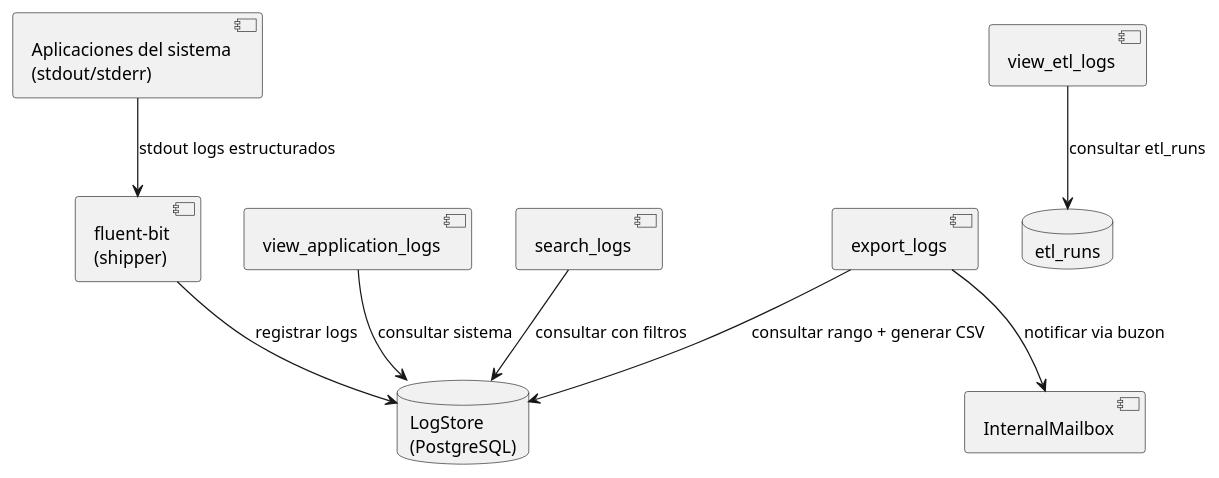
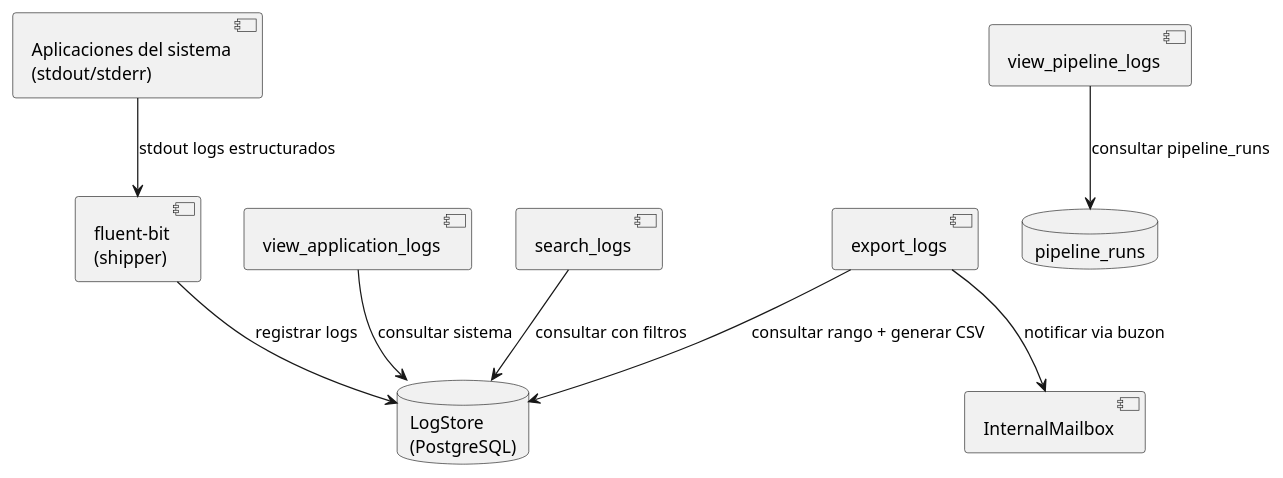
Before and after one commit to jcg-admin/IACT-docs: the diagram in source/arquitectura-tecnica/modulos/sys-logs/diagramas/componentes-mod-logs.rst, drawn with PlantUML. The commit also changed 96 other files, not shown here.

First line of the commit message:
Apply CNST-033: rename ETL→Pipeline in domain-model + sweep refs

```diff
--- a/source/arquitectura-tecnica/modulos/sys-logs/diagramas/componentes-mod-logs.rst
+++ b/source/arquitectura-tecnica/modulos/sys-logs/diagramas/componentes-mod-logs.rst
@@ -19,26 +19,26 @@
 .. uml::
  :caption: Componentes de MOD_Logs y pipeline de recoleccion de logs.
 
  @startuml
 
  component "Aplicaciones del sistema\n(stdout/stderr)" as AppsDjango
  component "fluent-bit\n(shipper)" as FluentBit
  database "LogStore\n(PostgreSQL)" as Logstore
- database "etl_runs" as ARTEFACTO_ETL_LOG
+ database "pipeline_runs" as ARTEFACTO_ETL_LOG
 
  component "view_application_logs" as view_application_logs
- component "view_etl_logs" as view_etl_logs
+ component "view_pipeline_logs" as view_pipeline_logs
  component "search_logs" as search_logs
  component "export_logs" as export_logs
  component "InternalMailbox" as Internalmailbox
 
  AppsDjango --> FluentBit : stdout logs estructurados
  FluentBit --> Logstore : registrar logs
 
  view_application_logs --> Logstore : consultar sistema
- view_etl_logs --> ARTEFACTO_ETL_LOG : consultar etl_runs
+ view_pipeline_logs --> ARTEFACTO_ETL_LOG : consultar pipeline_runs
  search_logs --> Logstore : consultar con filtros
  export_logs --> Logstore : consultar rango + generar CSV
  export_logs --> Internalmailbox : notificar via buzon
 
  @enduml
```
